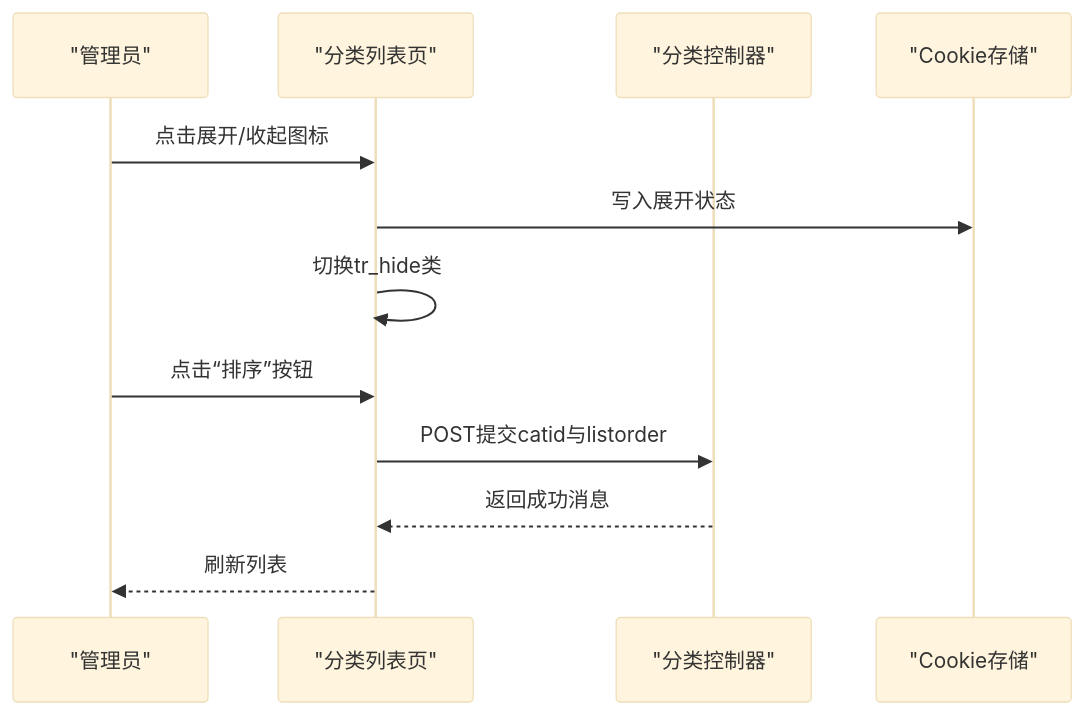
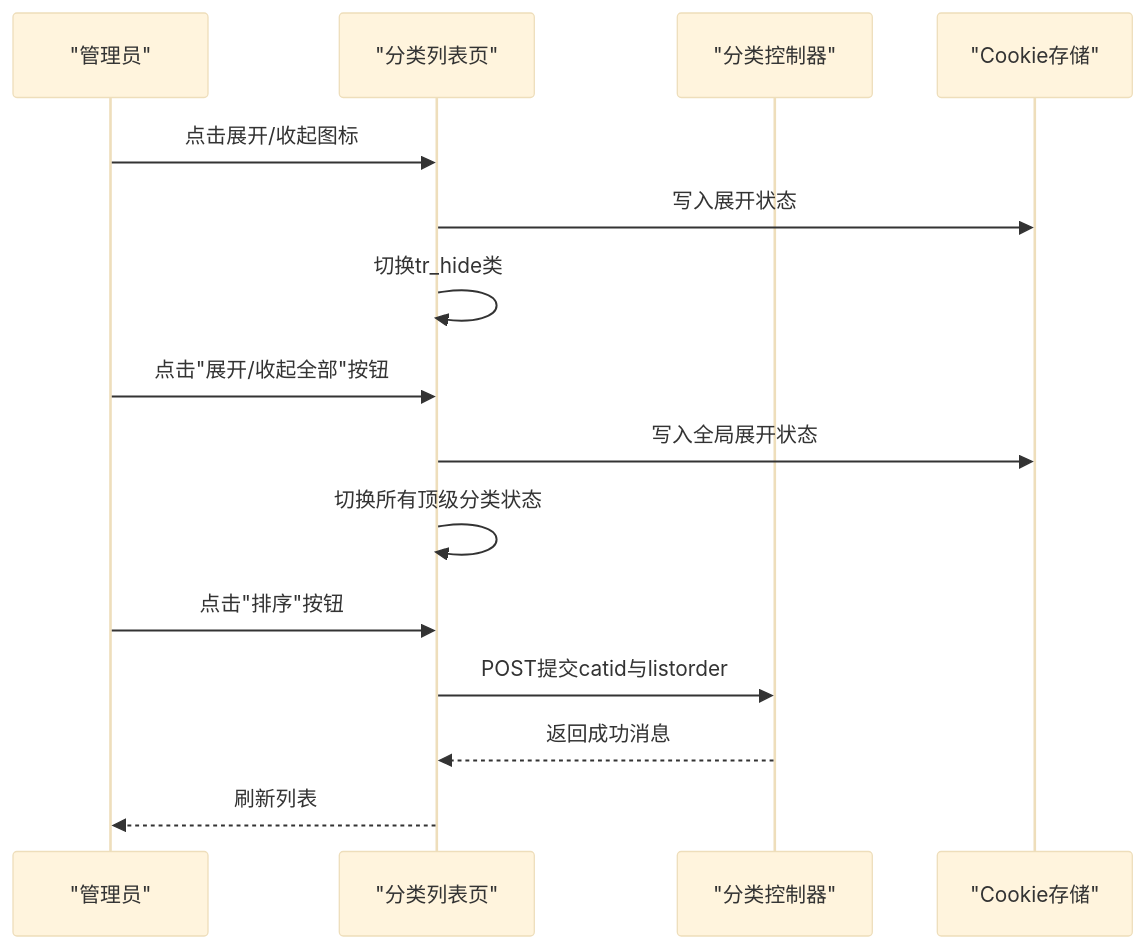
The fifth of 8 diagrams in .qoder/repowiki/zh/content/系统架构/模块化设计/后台管理模块/分类管理.md (lirongyaoper/lryblog.com), drawn with Mermaid (base theme) before and after one commit. The commit also changed other lines of this file and 8 other files, not shown here.

````diff
--- a/.qoder/repowiki/zh/content/系统架构/模块化设计/后台管理模块/分类管理.md
+++ b/.qoder/repowiki/zh/content/系统架构/模块化设计/后台管理模块/分类管理.md
@@ -206,14 +223,17 @@
 ```mermaid
 sequenceDiagram
 participant U as "管理员"
 participant V as "分类列表页"
 participant C as "分类控制器"
 participant S as "Cookie存储"
 U->>V : 点击展开/收起图标
 V->>S : 写入展开状态
 V->>V : 切换tr_hide类
-U->>V : 点击“排序”按钮
+U->>V : 点击"展开/收起全部"按钮
+V->>S : 写入全局展开状态
+V->>V : 切换所有顶级分类状态
+U->>V : 点击"排序"按钮
 V->>C : POST提交catid与listorder
 C-->>V : 返回成功消息
 V-->>U : 刷新列表
 ```
````
